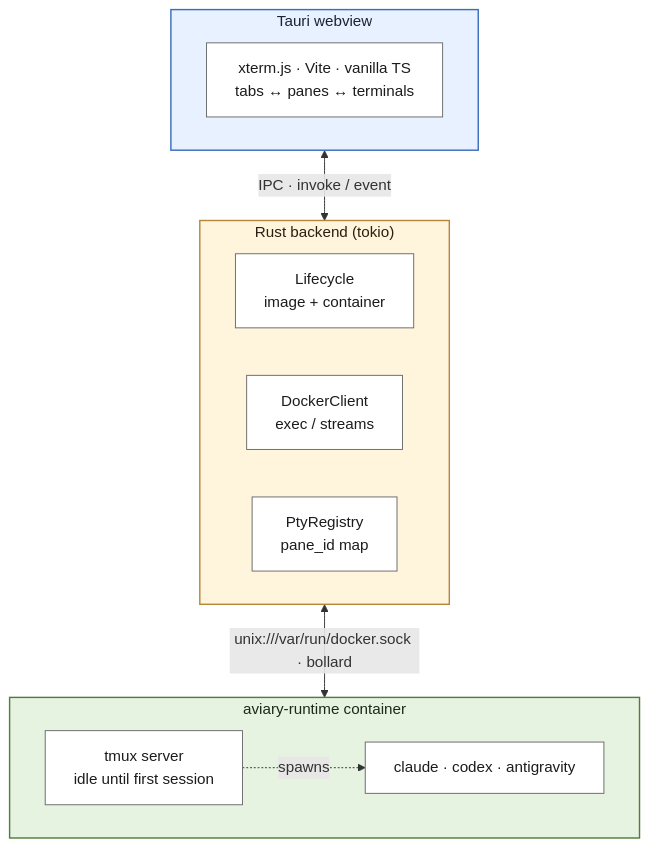
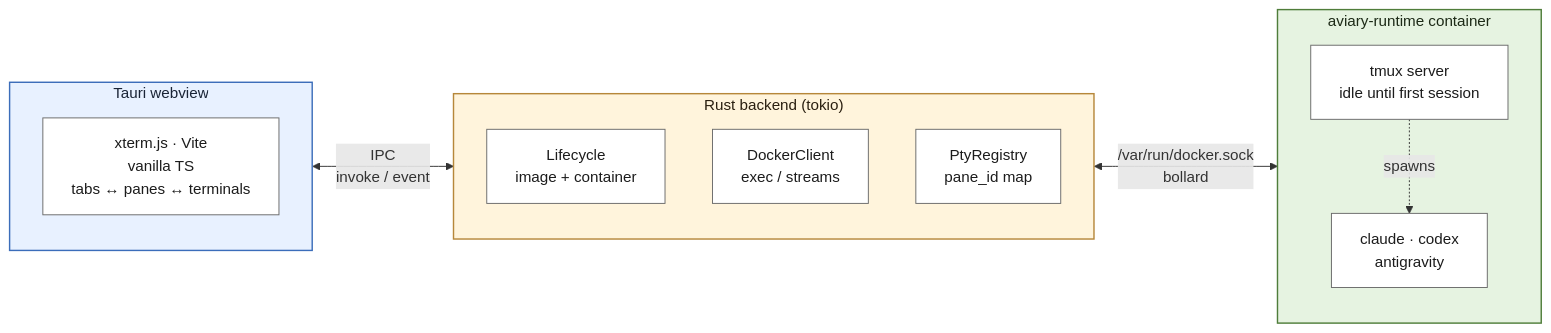
The first of 3 diagrams in README.md (mpolatcan/aviary), drawn with Mermaid before and after one commit. The commit also changed other lines of this file, not shown here.

First line of the commit message:
docs: make README generic and orient architecture diagram horizontally

````diff
--- a/README.md
+++ b/README.md
@@ -13,34 +13,34 @@
 ```mermaid
-flowchart TB
+flowchart LR
     subgraph webview["Tauri webview"]
-        direction LR
-        UI["xterm.js · Vite · vanilla TS<br/>tabs ↔ panes ↔ terminals"]
+        direction TB
+        UI["xterm.js · Vite<br/>vanilla TS<br/>tabs ↔ panes ↔ terminals"]
     end
 
     subgraph backend["Rust backend (tokio)"]
-        direction LR
+        direction TB
         LC["Lifecycle<br/>image + container"]
         DC["DockerClient<br/>exec / streams"]
         PR["PtyRegistry<br/>pane_id map"]
     end
 
     subgraph runtime["aviary-runtime container"]
-        direction LR
+        direction TB
         TMUX["tmux server<br/>idle until first session"]
-        CLIS["claude · codex · antigravity"]
+        CLIS["claude · codex<br/>antigravity"]
         TMUX -. spawns .-> CLIS
     end
 
-    webview <-- "IPC · invoke / event" --> backend
-    backend <-- "unix:///var/run/docker.sock · bollard" --> runtime
+    webview <-- "IPC<br/>invoke / event" --> backend
+    backend <-- "/var/run/docker.sock<br/>bollard" --> runtime
 
     classDef webviewBox fill:#e8f1ff,stroke:#3b6dba,stroke-width:1.5px,color:#1a2436
     classDef backendBox fill:#fff4dc,stroke:#b6873a,stroke-width:1.5px,color:#2a1f10
     classDef runtimeBox fill:#e6f3e1,stroke:#4f7d3a,stroke-width:1.5px,color:#1d2a17
     classDef inner    fill:#ffffff,stroke:#6a6a6a,stroke-width:1px,color:#1c1c1c
 
     class webview webviewBox
     class backend backendBox
     class runtime runtimeBox
     class UI,LC,DC,PR,TMUX,CLIS inner
 ```
````
